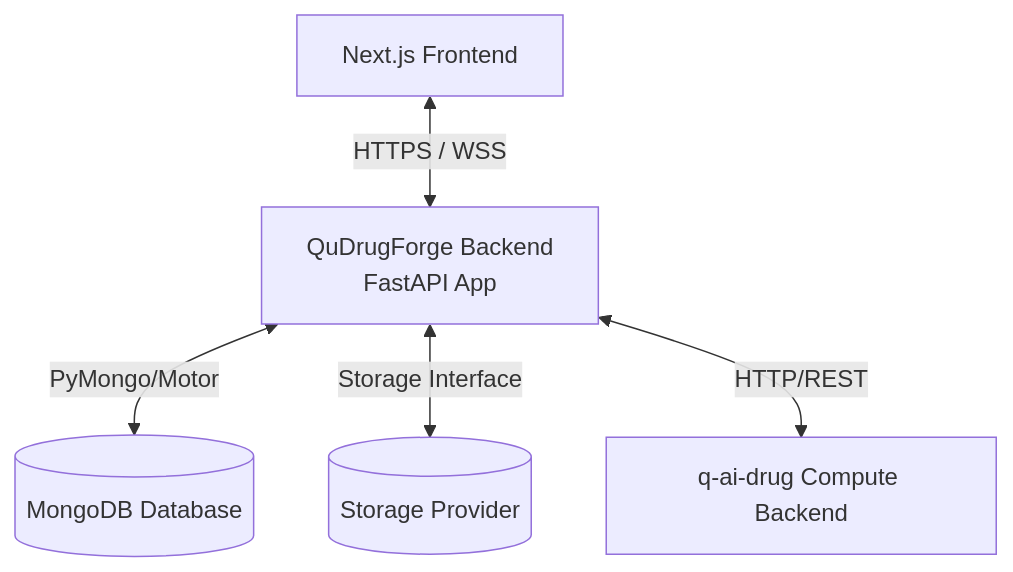
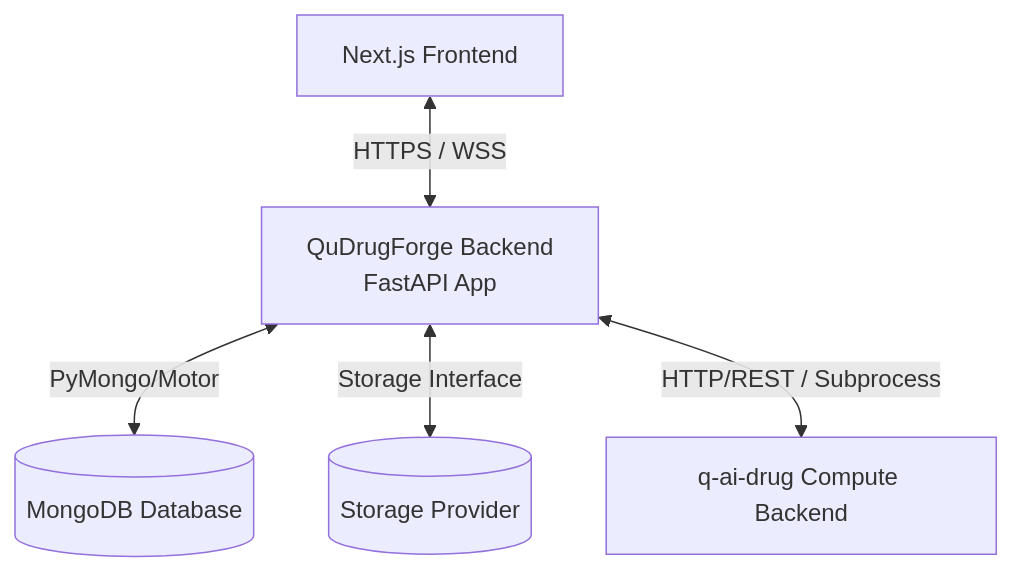
The diagram in qudrugforge-backend/README.md (RSKMN/backend-mnl), drawn with Mermaid before and after one commit. The commit also changed other lines of this file and 32 other files, not shown here.

````diff
--- a/qudrugforge-backend/README.md
+++ b/qudrugforge-backend/README.md
@@ -22,7 +23,7 @@
 ```mermaid
 graph TD
     Client[Next.js Frontend] <--> |HTTPS / WSS| Backend[QuDrugForge Backend<br>FastAPI App]
     Backend <--> |PyMongo/Motor| DB[(MongoDB Database)]
     Backend <--> |Storage Interface| FS[(Storage Provider)]
-    Backend <--> |HTTP/REST| Compute[q-ai-drug Compute Backend]
+    Backend <--> |HTTP/REST / Subprocess| Compute[q-ai-drug Compute Backend]
 ```
````
